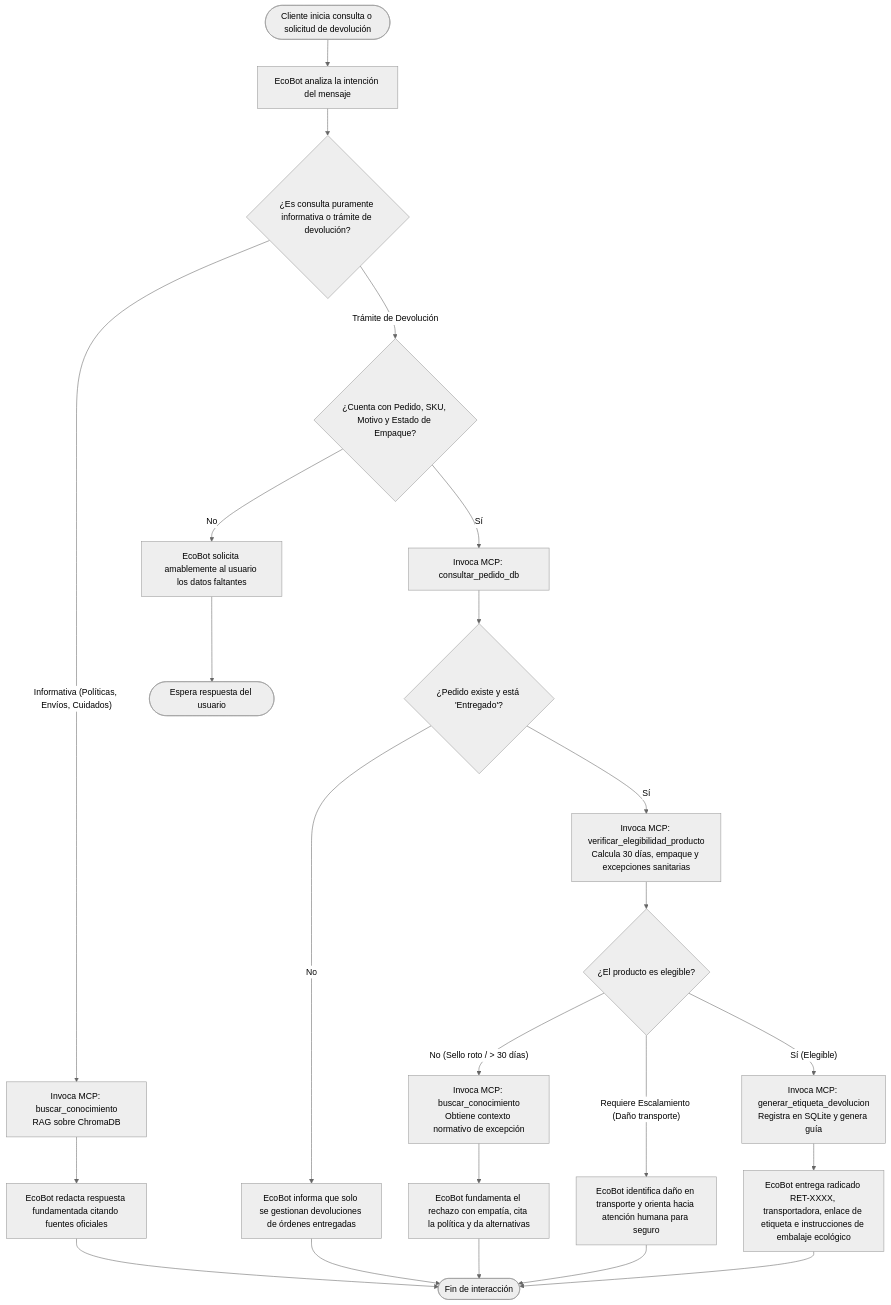
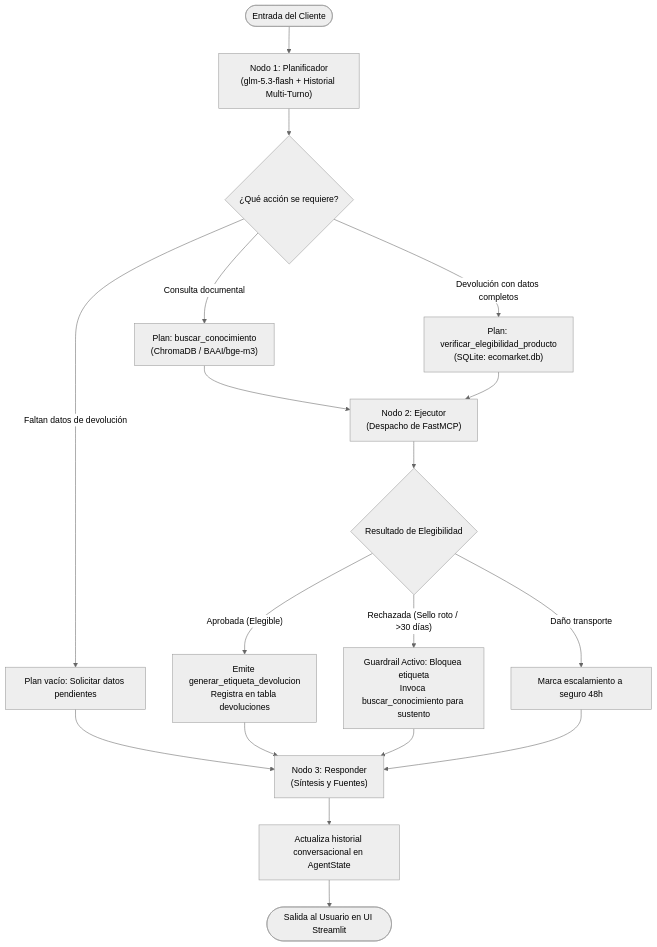
The third of 5 diagrams in caso_de_estudio_taller_final.md (Pipicano25/Taller-EcoMarket-Agente), drawn with Mermaid (neutral theme) before and after one commit. The commit also changed other lines of this file and 1 other file, not shown here.

````diff
--- a/caso_de_estudio_taller_final.md
+++ b/caso_de_estudio_taller_final.md
@@ -237,37 +240,27 @@
 ```mermaid
 flowchart TD
-    Inicio([Cliente inicia consulta o solicitud de devolución]) --> EcoBot[EcoBot analiza la intención del mensaje]
+    Inicio([Entrada del Cliente]) --> NodoPlan["Nodo 1: Planificador<br/>(glm-5.3-flash + Historial Multi-Turno)"]
     
-    EcoBot --> TipoConsulta{¿Es consulta puramente informativa o trámite de devolución?}
+    NodoPlan --> DecisionPlan{¿Qué acción se requiere?}
     
-    TipoConsulta -- "Informativa (Políticas, Envíos, Cuidados)" --> ToolMCP_RAG[Invoca MCP: buscar_conocimiento<br/>RAG sobre ChromaDB]
-    ToolMCP_RAG --> RespondeInfo[EcoBot redacta respuesta fundamentada citando fuentes oficiales]
+    DecisionPlan -- "Consulta documental" --> PlanRAG["Plan: buscar_conocimiento<br/>(ChromaDB / BAAI/bge-m3)"]
+    DecisionPlan -- "Faltan datos de devolución" --> PlanVacio["Plan vacío: Solicitar datos pendientes"]
+    DecisionPlan -- "Devolución con datos completos" --> PlanVerif["Plan: verificar_elegibilidad_producto<br/>(SQLite: ecomarket.db)"]
     
-    TipoConsulta -- "Trámite de Devolución" --> ValidaDatos{¿Cuenta con Pedido, SKU, Motivo y Estado de Empaque?}
+    PlanRAG --> NodoEjec["Nodo 2: Ejecutor<br/>(Despacho de FastMCP)"]
+    PlanVacio --> NodoResp["Nodo 3: Responder<br/>(Síntesis y Fuentes)"]
+    PlanVerif --> NodoEjec
     
-    ValidaDatos -- No --> PideDatos[EcoBot solicita amablemente al usuario los datos faltantes]
-    PideDatos --> EsperaCliente([Espera respuesta del usuario])
+    NodoEjec --> EvalElegible{Resultado de Elegibilidad}
     
-    ValidaDatos -- Sí --> ToolMCP_Pedido[Invoca MCP: consultar_pedido_db]
-    ToolMCP_Pedido --> VerificaEntrega{¿Pedido existe y está 'Entregado'?}
+    EvalElegible -- "Aprobada (Elegible)" --> DisparaGuia["Emite generar_etiqueta_devolucion<br/>Registra en tabla devoluciones"]
+    EvalElegible -- "Rechazada (Sello roto / >30 días)" --> BloqueoGuardrail["Guardrail Activo: Bloquea etiqueta<br/>Invoca buscar_conocimiento para sustento"]
+    EvalElegible -- "Daño transporte" --> EscalaAseguradora["Marca escalamiento a seguro 48h"]
     
-    VerificaEntrega -- No --> RechazoNoEntregado[EcoBot informa que solo se gestionan devoluciones de órdenes entregadas]
+    DisparaGuia --> NodoResp
+    BloqueoGuardrail --> NodoResp
+    EscalaAseguradora --> NodoResp
     
-    VerificaEntrega -- Sí --> ToolMCP_Elegible[Invoca MCP: verificar_elegibilidad_producto<br/>Calcula 30 días, empaque y excepciones sanitarias]
-    
-    ToolMCP_Elegible --> ResultadoElegible{¿El producto es elegible?}
-    
-    ResultadoElegible -- "No (Sello roto / > 30 días)" --> ConsultaMCP_RAG[Invoca MCP: buscar_conocimiento<br/>Obtiene contexto normativo de excepción]
-    ConsultaMCP_RAG --> ExplicaRechazo[EcoBot fundamenta el rechazo con empatía, cita la política y da alternativas]
-    
-    ResultadoElegible -- "Requiere Escalamiento (Daño transporte)" --> Escalar[EcoBot identifica daño en transporte y orienta hacia atención humana para seguro]
-    
-    ResultadoElegible -- "Sí (Elegible)" --> ToolMCP_Etiqueta[Invoca MCP: generar_etiqueta_devolucion<br/>Registra en SQLite y genera guía]
-    ToolMCP_Etiqueta --> EntregaGuia[EcoBot entrega radicado RET-XXXX, transportadora, enlace de etiqueta e instrucciones de embalaje ecológico]
-    
-    RespondeInfo --> Fin([Fin de interacción])
-    ExplicaRechazo --> Fin
-    Escalar --> Fin
-    EntregaGuia --> Fin
-    RechazoNoEntregado --> Fin
+    NodoResp --> ActualizaMemoria["Actualiza historial conversacional en AgentState"]
+    ActualizaMemoria --> Fin([Salida al Usuario en UI Streamlit])
 ```
````
